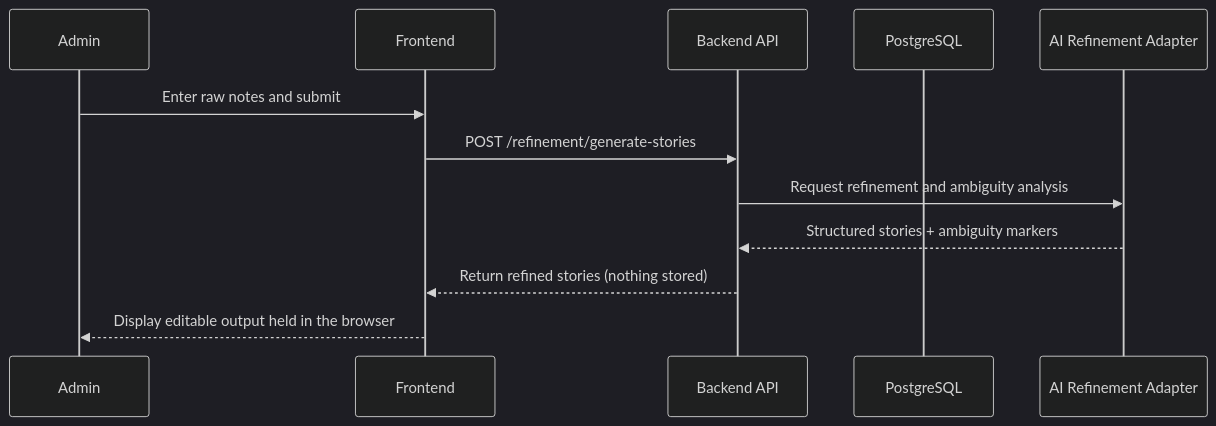
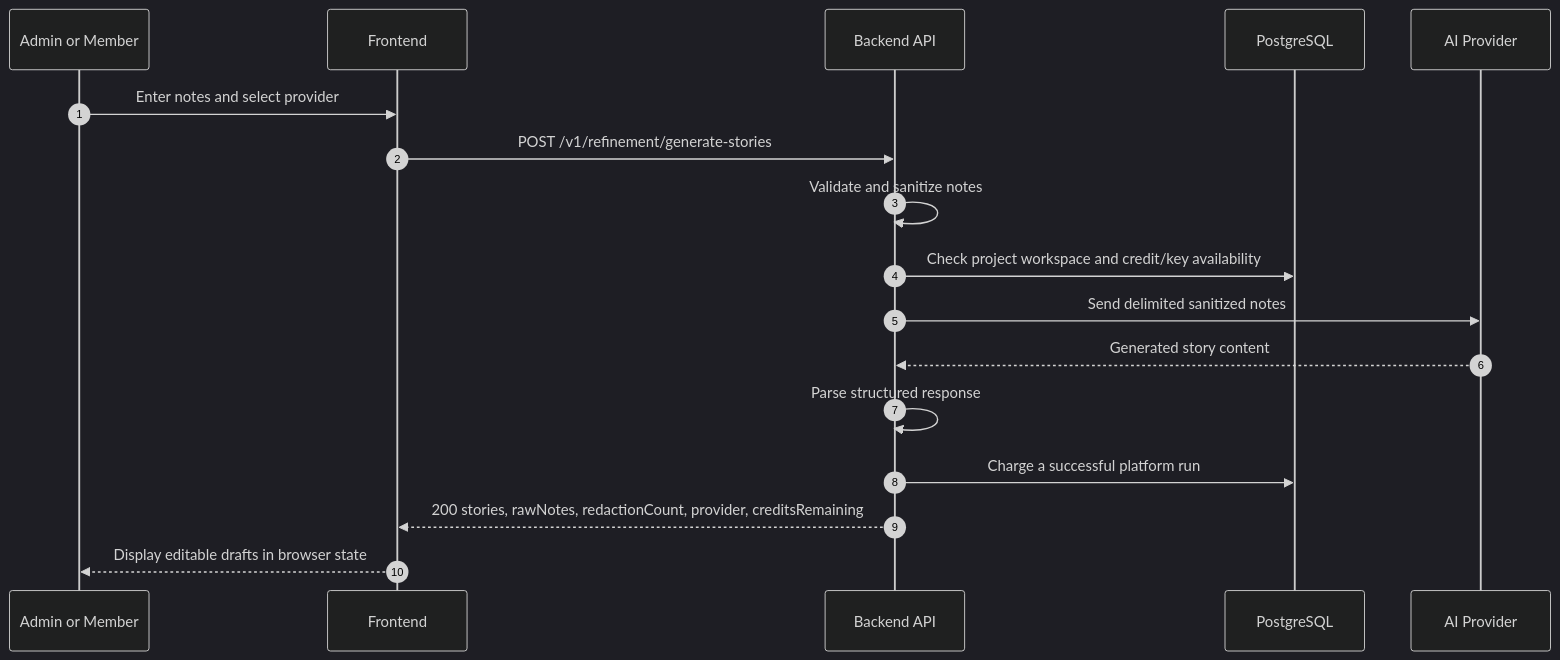
The second of 13 diagrams in docs/03-architecture/diagrams/sequence-diagrams.md (alonsovndev/open-projects-hub-docs), drawn with Mermaid (dark theme) before and after one commit. The commit also changed other lines of this file and 63 other files, not shown here.

````diff
--- a/docs/03-architecture/diagrams/sequence-diagrams.md
+++ b/docs/03-architecture/diagrams/sequence-diagrams.md
@@ -64,15 +68,20 @@
 ```mermaid
 sequenceDiagram
-    participant Admin
+    autonumber
+    participant Editor as Admin or Member
     participant FE as Frontend
     participant BE as Backend API
     participant DB as PostgreSQL
-    participant AI as AI Refinement Adapter
+    participant AI as AI Provider
 
-    Admin->>FE: Enter raw notes and submit
-    FE->>BE: POST /refinement/generate-stories
-    BE->>AI: Request refinement and ambiguity analysis
-    AI-->>BE: Structured stories + ambiguity markers
-    BE-->>FE: Return refined stories (nothing stored)
-    FE-->>Admin: Display editable output held in the browser
+    Editor->>FE: Enter notes and select provider
+    FE->>BE: POST /v1/refinement/generate-stories
+    BE->>BE: Validate and sanitize notes
+    BE->>DB: Check project workspace and credit/key availability
+    BE->>AI: Send delimited sanitized notes
+    AI-->>BE: Generated story content
+    BE->>BE: Parse structured response
+    BE->>DB: Charge a successful platform run
+    BE-->>FE: 200 stories, rawNotes, redactionCount, provider, creditsRemaining
+    FE-->>Editor: Display editable drafts in browser state
 ```
````
